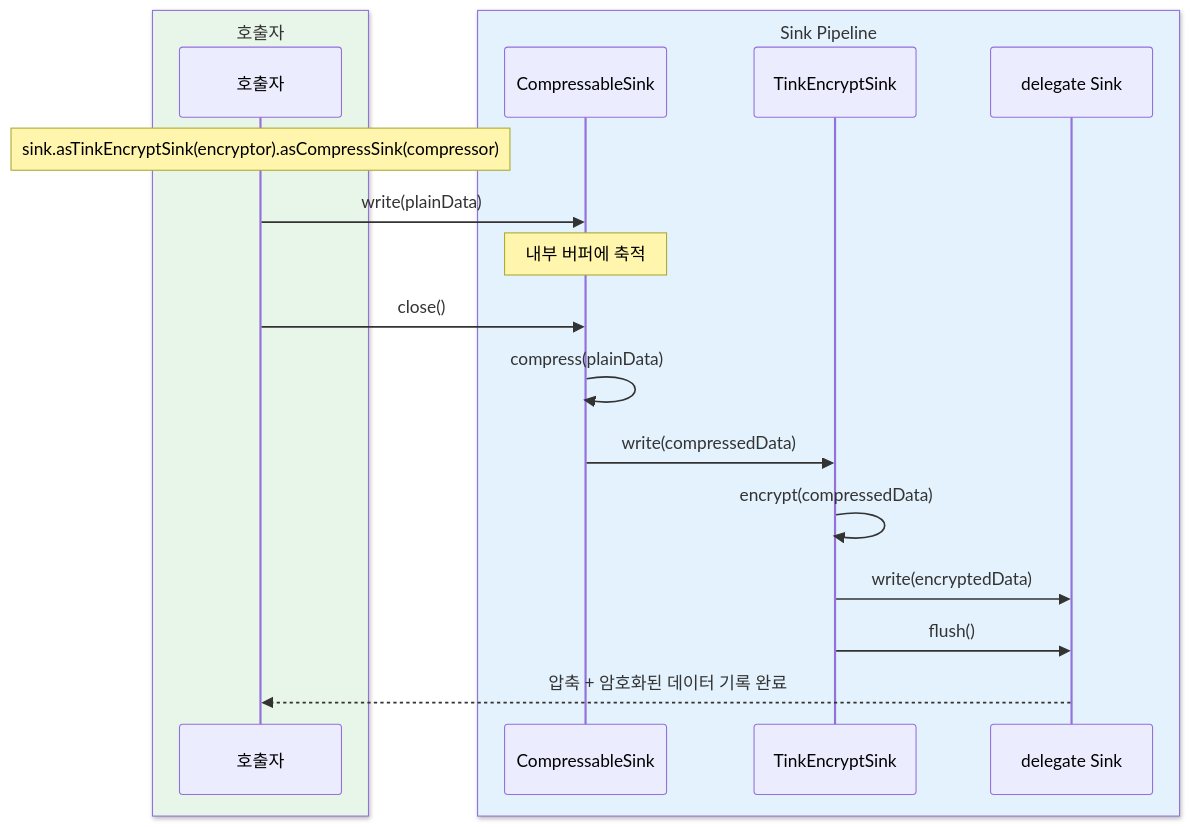
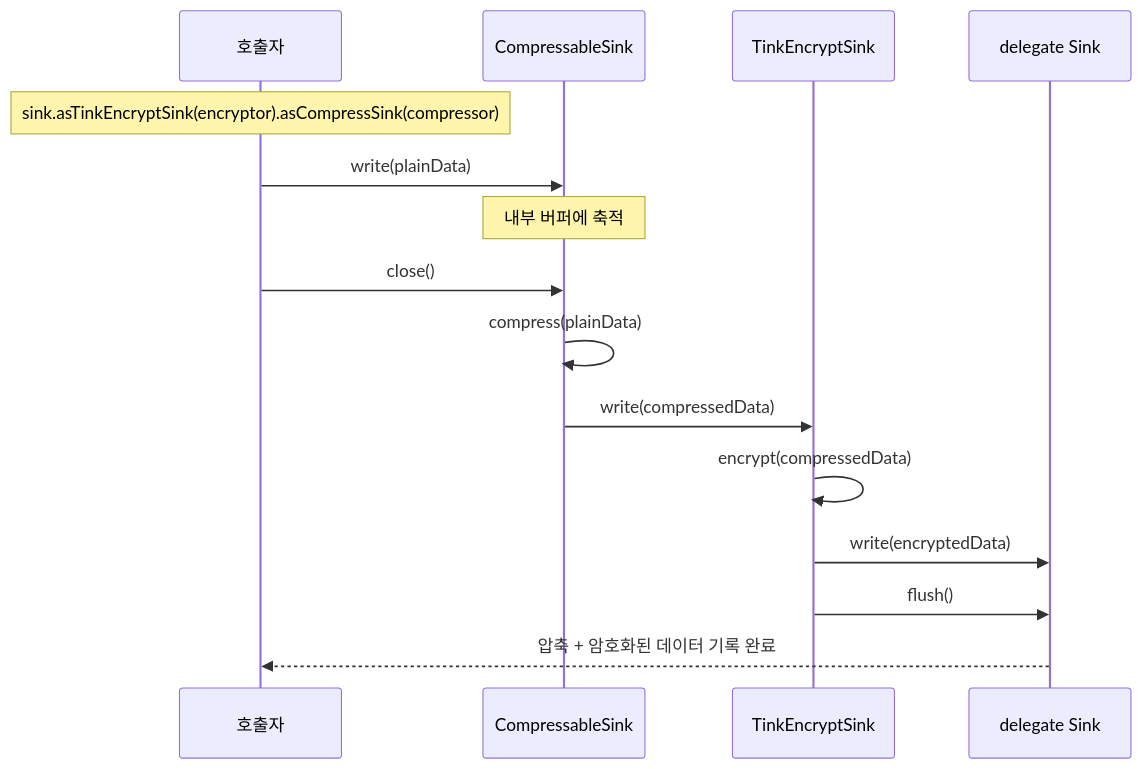
One commit to bluetape4k/bluetape4k-projects changed the eighth of 9 diagrams in io/okio/README.ko.md. Above: the diagram before and after it, drawn with Mermaid. The commit also changed other lines of this file and 219 other files, not shown here.

First line of the commit message:
docs: 전체 README Mermaid 다이어그램 가이드 적용

````diff
--- a/io/okio/README.ko.md
+++ b/io/okio/README.ko.md
@@ -672,24 +660,20 @@
 ```mermaid
 sequenceDiagram
-    box rgb(232, 245, 233) 호출자
         participant C as 호출자
-    end
-    box rgb(227, 242, 253) Sink Pipeline
         participant CS as CompressableSink
         participant ES as TinkEncryptSink
         participant D as delegate Sink
-    end
 
     Note over C: sink.asTinkEncryptSink(encryptor).asCompressSink(compressor)
 
     C->>CS: write(plainData)
     Note over CS: 내부 버퍼에 축적
 
     C->>CS: close()
     CS->>CS: compress(plainData)
     CS->>ES: write(compressedData)
     ES->>ES: encrypt(compressedData)
     ES->>D: write(encryptedData)
     ES->>D: flush()
     D-->>C: 압축 + 암호화된 데이터 기록 완료
 ```
````
